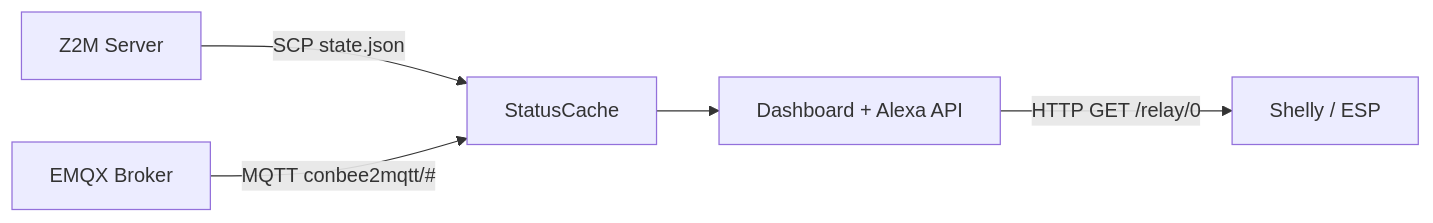
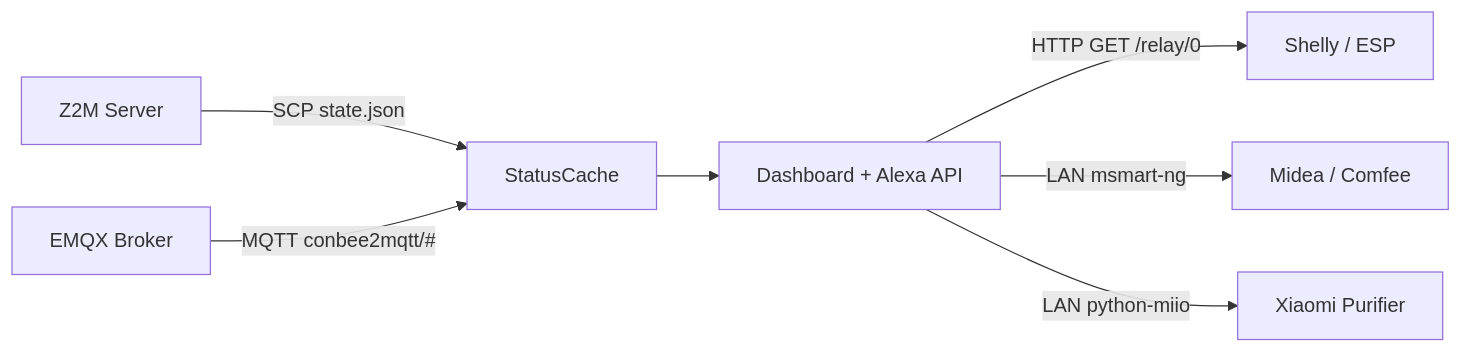
The third of 3 diagrams in hugo-blog/smarthome-alexa/index.md (zibous/hc_alexa), drawn with Mermaid before and after one commit. The commit also changed other lines of this file and 3 other files, not shown here.

```diff
--- a/hugo-blog/smarthome-alexa/index.md
+++ b/hugo-blog/smarthome-alexa/index.md
@@ -192,7 +194,9 @@
 {{< mermaid >}}
 flowchart LR
     Z2M["Z2M Server"] -->|"SCP state.json"| Cache["StatusCache"]
     EMQX["EMQX Broker"] -->|"MQTT conbee2mqtt/#"| Cache
     Cache --> Dashboard["Dashboard + Alexa API"]
     Dashboard -->|"HTTP GET /relay/0"| Shelly["Shelly / ESP"]
+    Dashboard -->|"LAN msmart-ng"| Midea["Midea / Comfee"]
+    Dashboard -->|"LAN python-miio"| Miio["Xiaomi Purifier"]
 {{< /mermaid >}}
```
